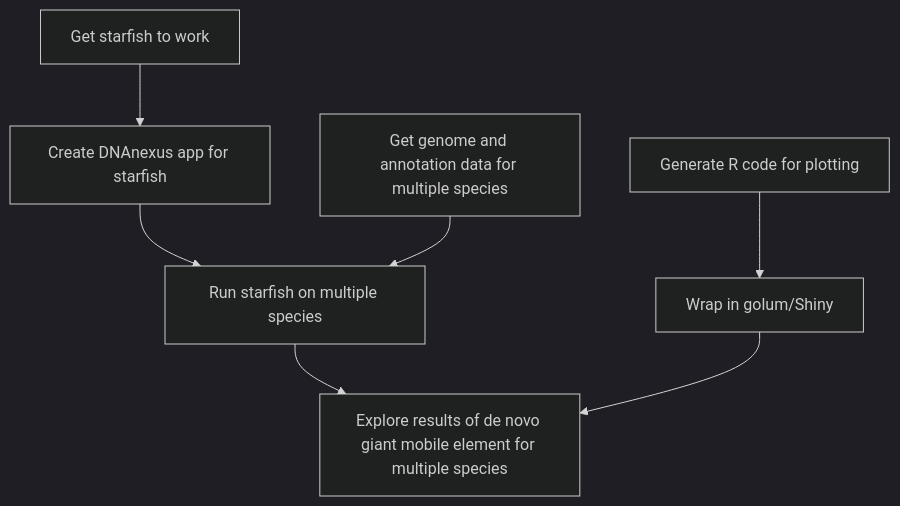
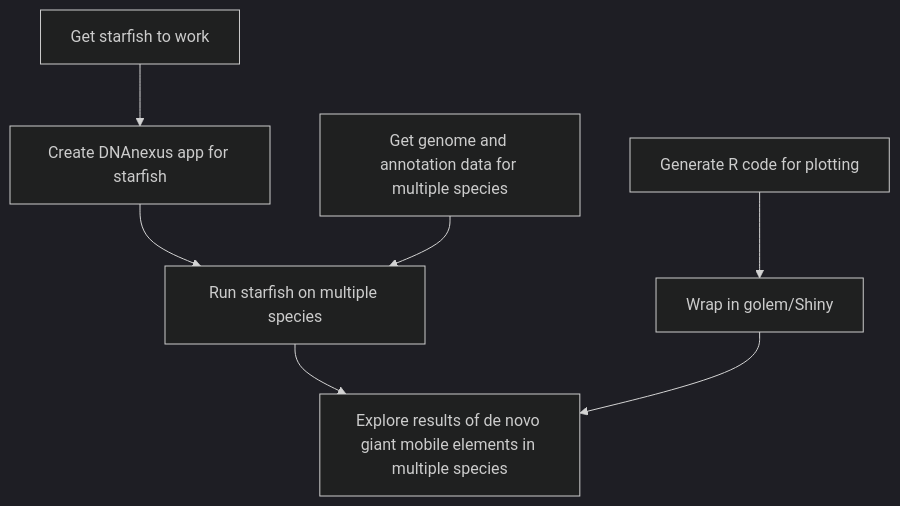
The diagram in flowchart.qmd (collaborativebioinformatics/starfishDiscovery), drawn with Mermaid (dark theme) before and after one commit. The commit also changed 17 other files, not shown here.

Commit message:
fix typo in flowchart

````diff
--- a/flowchart.qmd
+++ b/flowchart.qmd
@@ -7,10 +7,10 @@
 ```{mermaid}
 flowchart TD
 A[Get starfish to work] --> B[Create DNAnexus app for starfish]
 B --> D[Run starfish on multiple species]
 C[Get genome and annotation data for multiple species] --> D
-E[Generate R code for plotting] --> F[Wrap in golum/Shiny]
-D --> G[Explore results of de novo giant mobile element for multiple species]
+E[Generate R code for plotting] --> F[Wrap in golem/Shiny]
+D --> G[Explore results of de novo giant mobile elements in multiple species]
 F --> G
 
 ```
````
